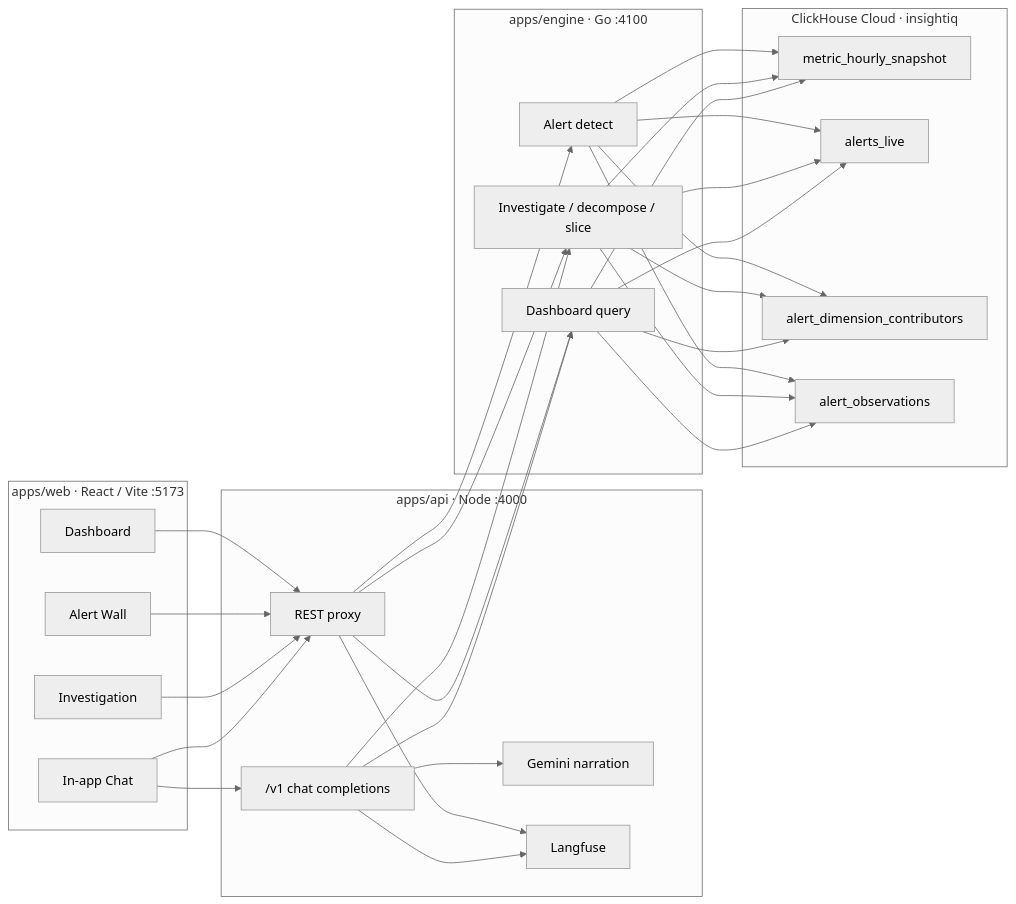
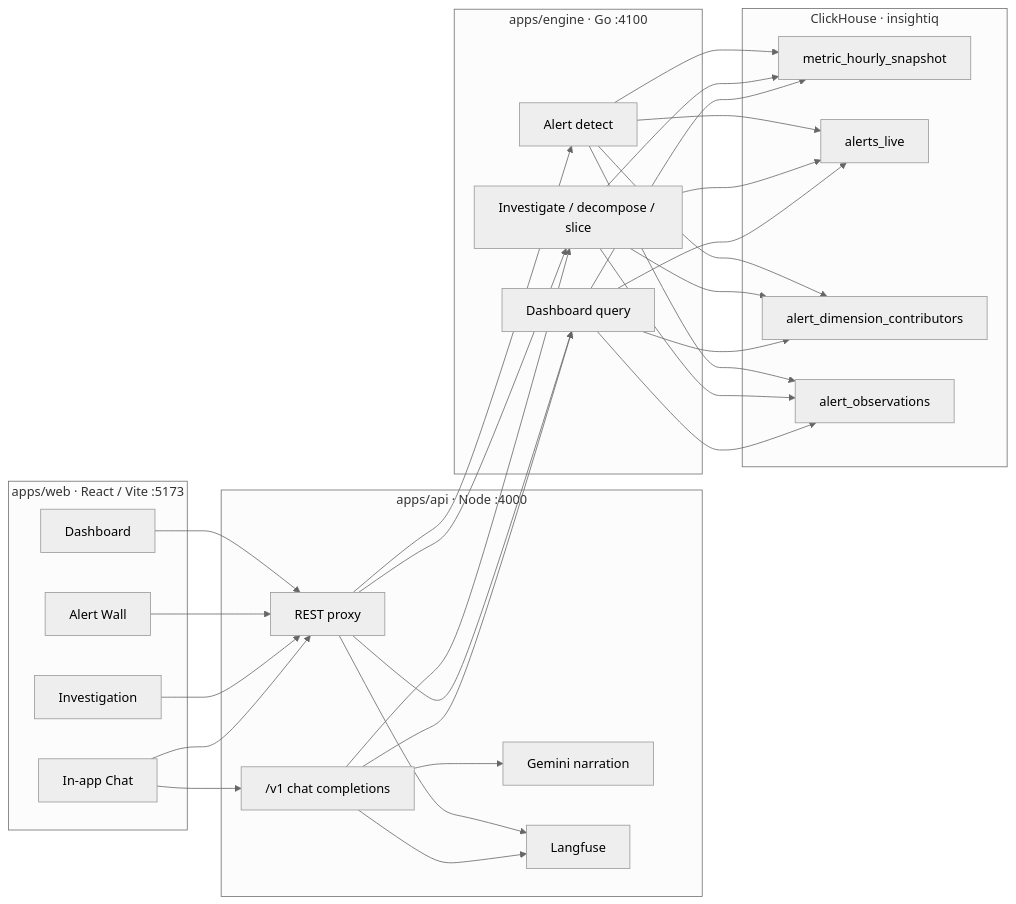
One commit to rogue-wild/InsightIQ changed the diagram in docs/architecture.md. Above: the diagram before and after it, drawn with Mermaid (neutral theme). The commit also changed other lines of this file and 21 other files, not shown here.

````diff
--- a/docs/architecture.md
+++ b/docs/architecture.md
@@ -9,38 +7,38 @@
 ```mermaid
 flowchart LR
   subgraph UI["apps/web · React / Vite :5173"]
     Dash[Dashboard]
     Alerts[Alert Wall]
     Inv[Investigation]
     Chat[In-app Chat]
   end
 
   subgraph API["apps/api · Node :4000"]
     REST[REST proxy]
     LLM[Gemini narration]
     OAI["/v1 chat completions"]
     Trace[Langfuse]
   end
 
   subgraph Engine["apps/engine · Go :4100"]
     Detect[Alert detect]
     RCA[Investigate / decompose / slice]
     DashQ[Dashboard query]
   end
 
-  subgraph CH["ClickHouse Cloud · insightiq"]
+  subgraph CH["ClickHouse · insightiq"]
     Snap[metric_hourly_snapshot]
     AlertsLive[alerts_live]
     Contrib[alert_dimension_contributors]
     Obs[alert_observations]
   end
 
   Dash & Alerts & Inv & Chat --> REST
   Chat --> OAI
   REST --> Detect & RCA & DashQ
   OAI --> LLM
   OAI --> DashQ
   OAI --> RCA
   Detect & RCA & DashQ --> Snap & AlertsLive & Contrib & Obs
   REST & OAI --> Trace
 ```
````
